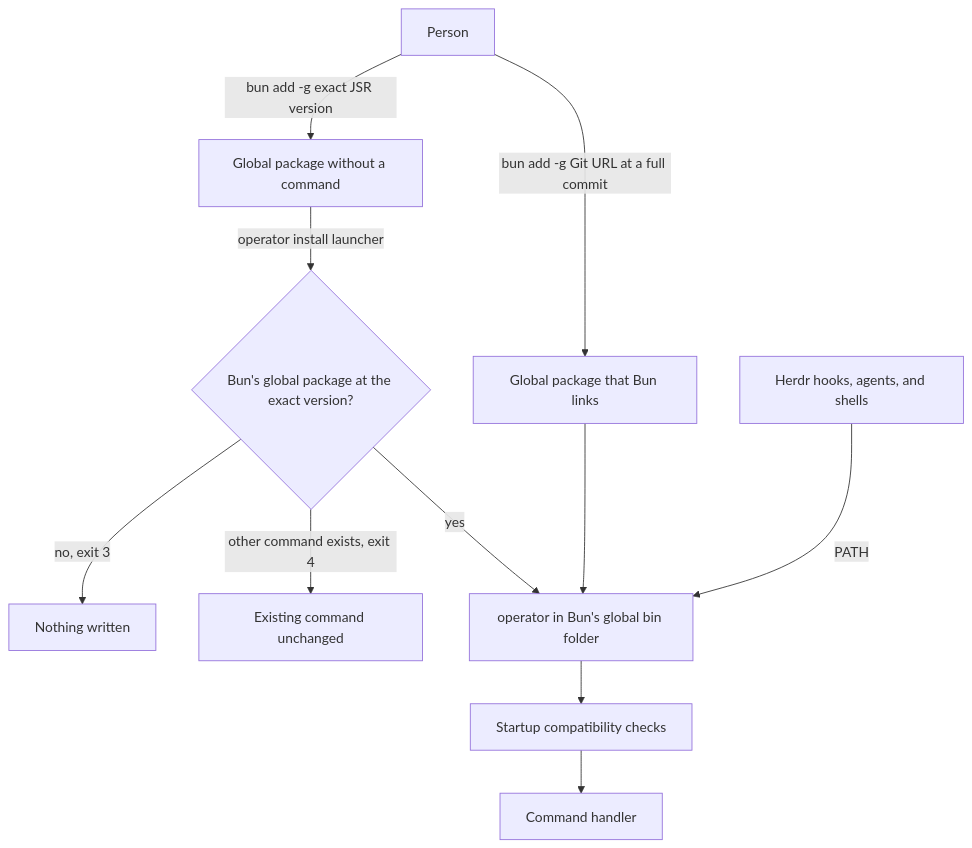
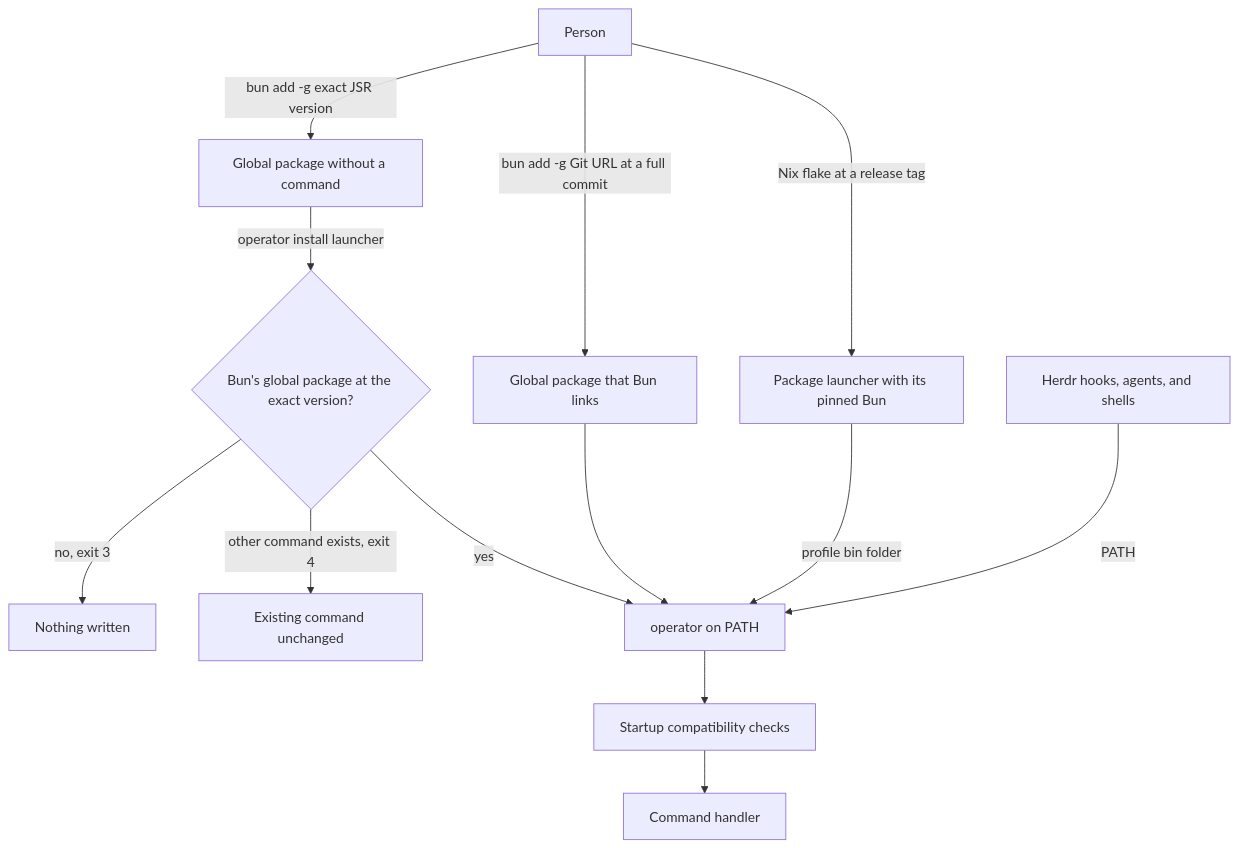
One commit to fveracoechea/operator changed the diagram in README.md. Above: the diagram before and after it, drawn with Mermaid. The commit also changed other lines of this file and 22 other files, not shown here.

First line of the commit message:
feat(nix): package the same release through a locked flake (#257)

````diff
--- a/README.md
+++ b/README.md
@@ -82,13 +124,15 @@
 ```mermaid
 flowchart TD
   Person -->|bun add -g exact JSR version| JSR[Global package without a command]
   Person -->|bun add -g Git URL at a full commit| Source[Global package that Bun links]
+  Person -->|Nix flake at a release tag| Nix[Package launcher with its pinned Bun]
   JSR -->|operator install launcher| Check{Bun's global package at the exact version?}
   Check -->|no, exit 3| Refused[Nothing written]
   Check -->|other command exists, exit 4| Conflict[Existing command unchanged]
-  Check -->|yes| Command[operator in Bun's global bin folder]
+  Check -->|yes| Command[operator on PATH]
   Source --> Command
+  Nix -->|profile bin folder| Command
   Herdr[Herdr hooks, agents, and shells] -->|PATH| Command
   Command --> Startup[Startup compatibility checks]
   Startup --> Handler[Command handler]
 ```
````
